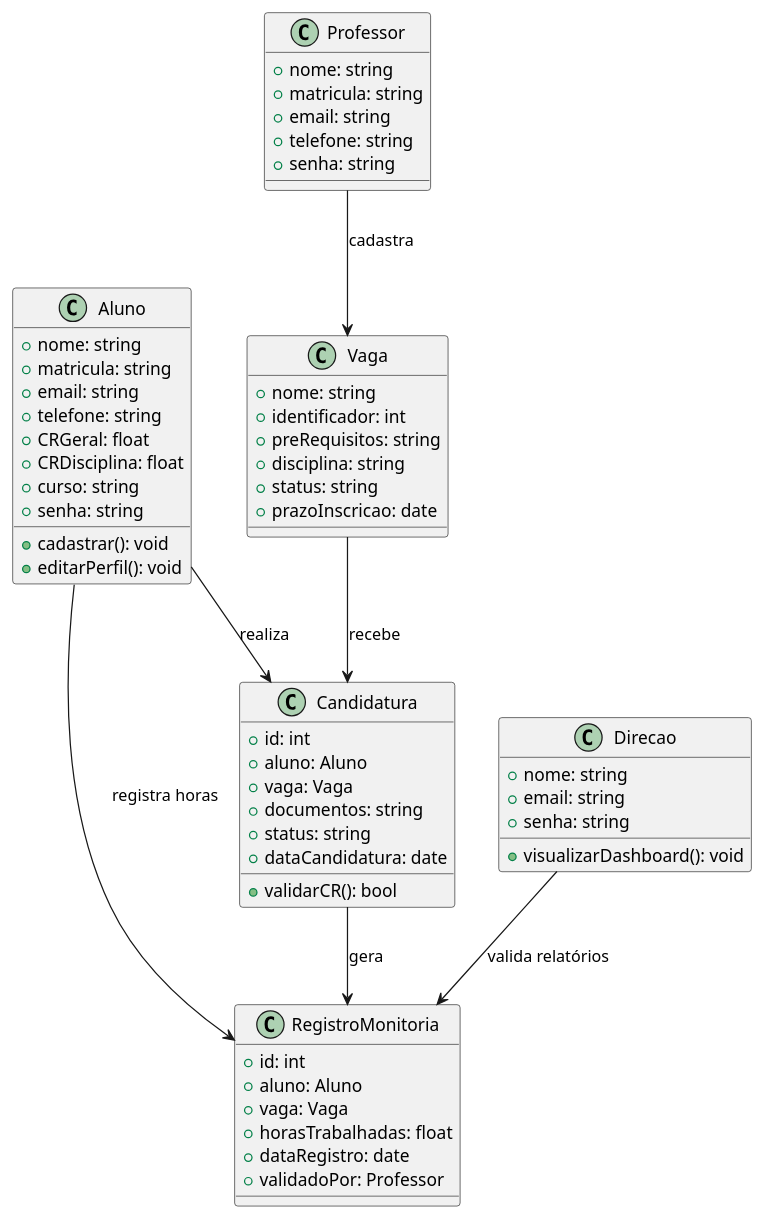
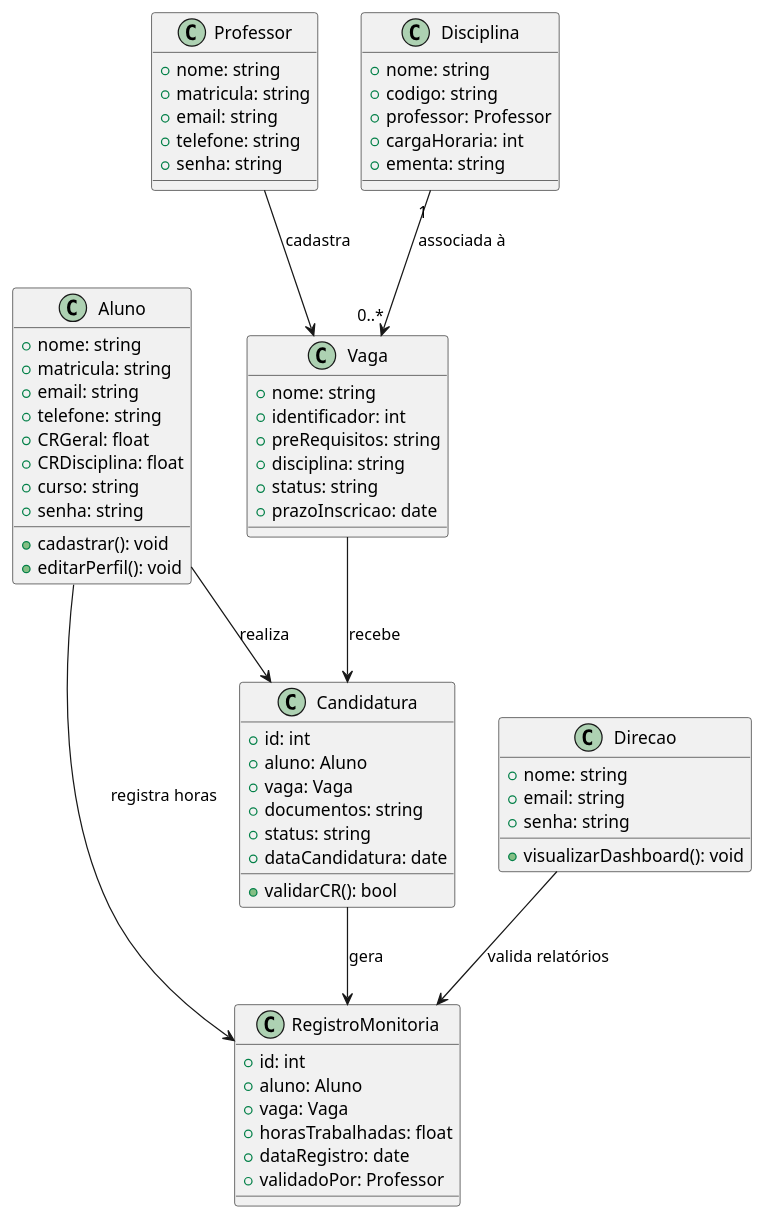
One commit to Projetos-de-Extensao/PBE_25.2_8004_II changed the diagram in docs/Elaboracao/diagramaclasse.puml. Above: the diagram before and after it, drawn with PlantUML. The commit also changed 1 other file, not shown here.

Commit message:
Update-Class-Disciplina-NoMigration

```diff
--- a/docs/Elaboracao/diagramaclasse.puml
+++ b/docs/Elaboracao/diagramaclasse.puml
@@ -1,70 +1,79 @@
 @startuml
 '-----------------------------------
 ' Diagrama de Classes - Equipe Elon Musk
 ' Sistema de Monitoria IBMEC
 ' Elaborado por: Arthur Riess, Pedro Macedo, Felipe Maia e Yago Carvalho
 '-----------------------------------
 
 class Aluno {
     +nome: string
     +matricula: string
     +email: string
     +telefone: string
     +CRGeral: float
     +CRDisciplina: float
     +curso: string
     +senha: string
     +cadastrar(): void
     +editarPerfil(): void
 }
 
 class Professor {
     +nome: string
     +matricula: string
     +email: string
     +telefone: string
     +senha: string
 }
 
 class Direcao {
     +nome: string
     +email: string
     +senha: string
     +visualizarDashboard(): void
 }
 
 class Vaga {
     +nome: string
     +identificador: int
     +preRequisitos: string
     +disciplina: string
     +status: string
     +prazoInscricao: date
 }
 
 class Candidatura {
     +id: int
     +aluno: Aluno
     +vaga: Vaga
     +documentos: string
     +status: string
     +dataCandidatura: date
     +validarCR(): bool
 }
 
 class RegistroMonitoria {
     +id: int
     +aluno: Aluno
     +vaga: Vaga
     +horasTrabalhadas: float
     +dataRegistro: date
     +validadoPor: Professor
 }
 
+class Disciplina {
+    +nome: string
+    +codigo: string
+    +professor: Professor
+    +cargaHoraria: int
+    +ementa: string
+}
+
 Aluno --> Candidatura: realiza
 Vaga --> Candidatura: recebe
 Professor --> Vaga: cadastra
 Candidatura --> RegistroMonitoria: gera
 Aluno --> RegistroMonitoria: registra horas
 Direcao --> RegistroMonitoria: valida relatórios
+Disciplina "1" --> "0..*" Vaga: associada à
 @enduml
```
